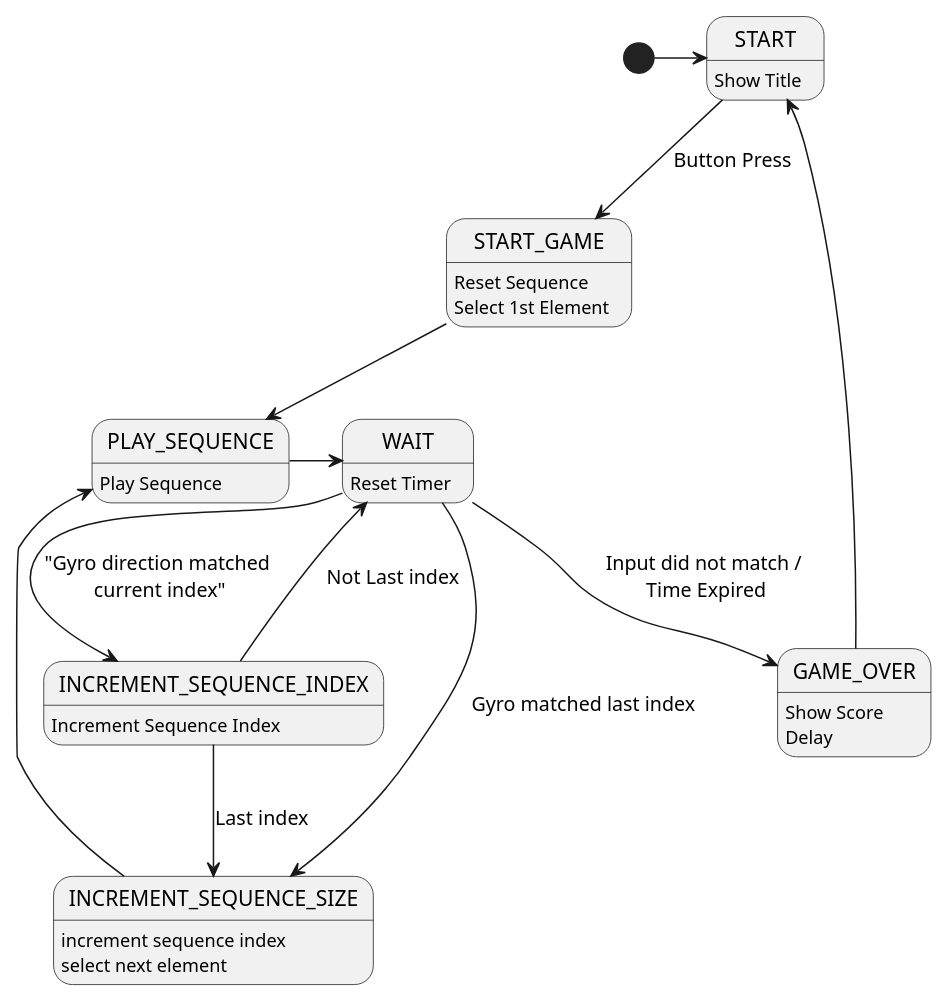
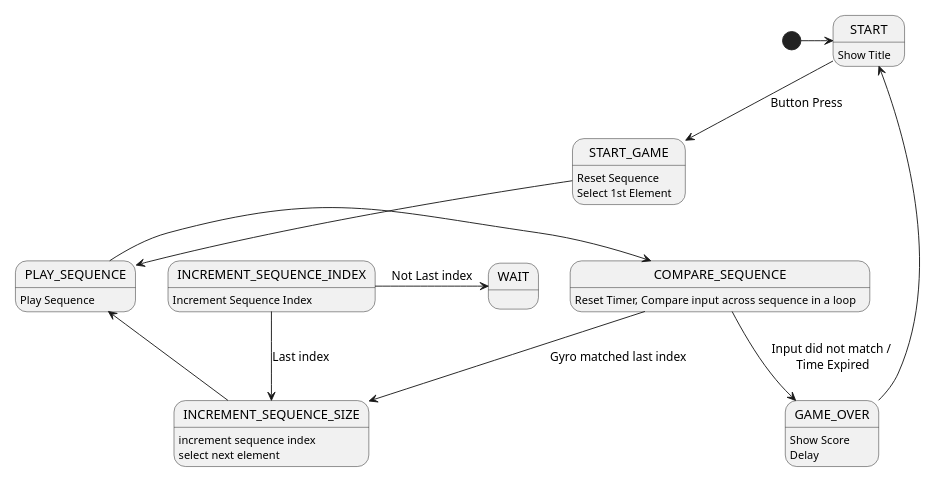
The diagram in week4/gyroStateDiag.iuml (tnhabib/making_embedded_systems), drawn with PlantUML before and after one commit.

```diff
--- a/week4/gyroStateDiag.iuml
+++ b/week4/gyroStateDiag.iuml
@@ -2,26 +2,25 @@
 @startuml
 scale 600 width
 
 [*] -> START
 START: Show Title
 START --> START_GAME : Button Press
 START_GAME: Reset Sequence
 START_GAME: Select 1st Element
 START_GAME --> PLAY_SEQUENCE
 PLAY_SEQUENCE: Play Sequence
-PLAY_SEQUENCE-> WAIT
-WAIT: Reset Timer
-WAIT --> GAME_OVER : Input did not match / \nTime Expired
+PLAY_SEQUENCE-> COMPARE_SEQUENCE
+COMPARE_SEQUENCE: Reset Timer, Compare input across sequence in a loop
+COMPARE_SEQUENCE --> GAME_OVER : Input did not match / \nTime Expired
 GAME_OVER: Show Score
 GAME_OVER: Delay
 GAME_OVER-> START
-WAIT-->INCREMENT_SEQUENCE_INDEX: "Gyro direction matched\n current index"
-WAIT-->INCREMENT_SEQUENCE_SIZE: Gyro matched last index
+COMPARE_SEQUENCE-->INCREMENT_SEQUENCE_SIZE: Gyro matched last index
 INCREMENT_SEQUENCE_INDEX: Increment Sequence Index
 INCREMENT_SEQUENCE_INDEX-> WAIT: Not Last index
 INCREMENT_SEQUENCE_INDEX--> INCREMENT_SEQUENCE_SIZE: Last index
 INCREMENT_SEQUENCE_SIZE: increment sequence index
 INCREMENT_SEQUENCE_SIZE: select next element
 INCREMENT_SEQUENCE_SIZE-> PLAY_SEQUENCE
 
 @end_uml
```
